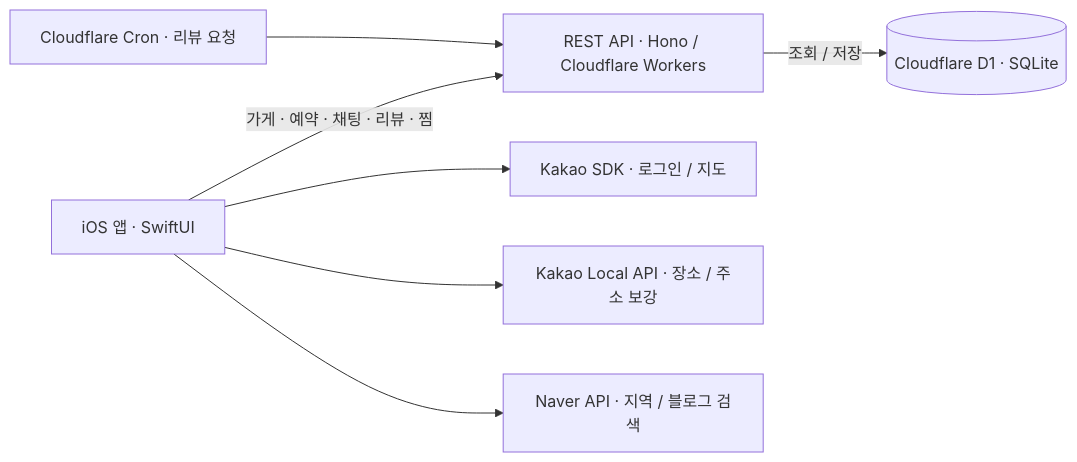
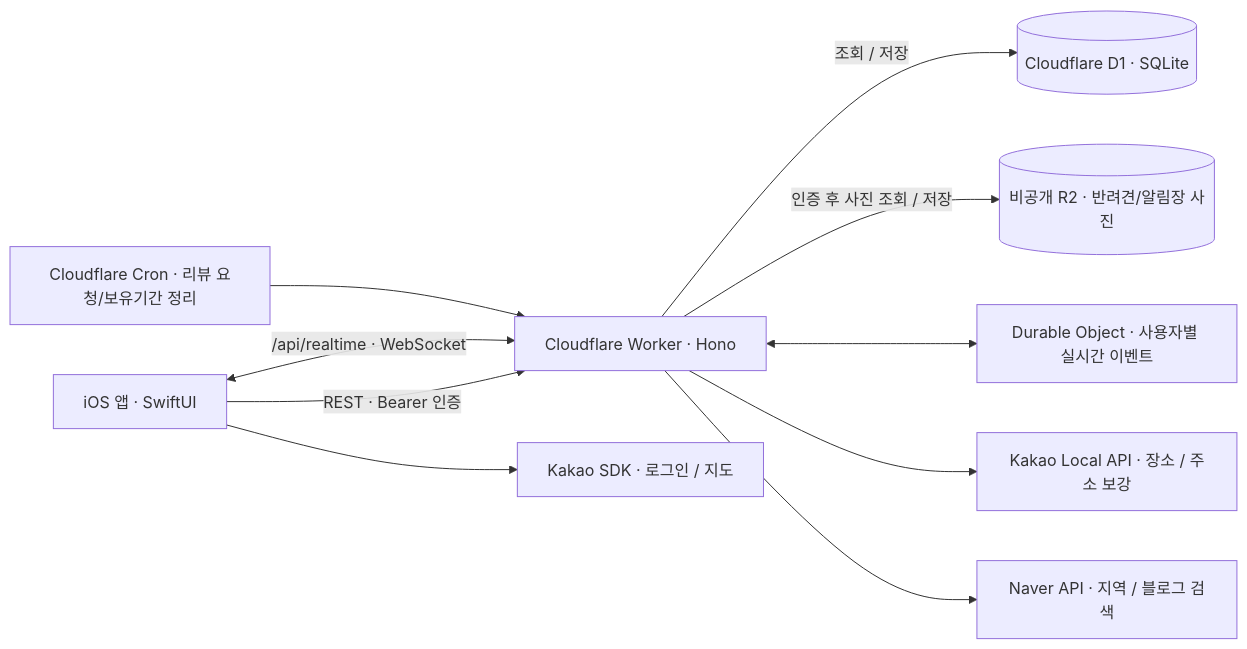
Before and after one commit to suyoung503/Dog_Kindergarden: the diagram in README.md, drawn with Mermaid. The commit also changed other lines of this file and 6 other files, not shown here.

````diff
--- a/README.md
+++ b/README.md
@@ -51,16 +54,21 @@
 ```mermaid
 flowchart LR
     app["iOS 앱 · SwiftUI"]
-    api["REST API · Hono / Cloudflare Workers"]
+    api["Cloudflare Worker · Hono"]
     db[("Cloudflare D1 · SQLite")]
+    r2[("비공개 R2 · 반려견/알림장 사진")]
+    realtime["Durable Object · 사용자별 실시간 이벤트"]
     kakao["Kakao SDK · 로그인 / 지도"]
     local["Kakao Local API · 장소 / 주소 보강"]
     naver["Naver API · 지역 / 블로그 검색"]
-    cron["Cloudflare Cron · 리뷰 요청"]
-    app -->|"가게 · 예약 · 채팅 · 리뷰 · 찜"| api
+    cron["Cloudflare Cron · 리뷰 요청/보유기간 정리"]
+    app -->|"REST · Bearer 인증"| api
+    app <-->|"/api/realtime · WebSocket"| api
     api -->|"조회 / 저장"| db
+    api -->|"인증 후 사진 조회 / 저장"| r2
+    api <--> realtime
     app --> kakao
-    app --> local
-    app --> naver
+    api --> local
+    api --> naver
     cron --> api
 ```
````
